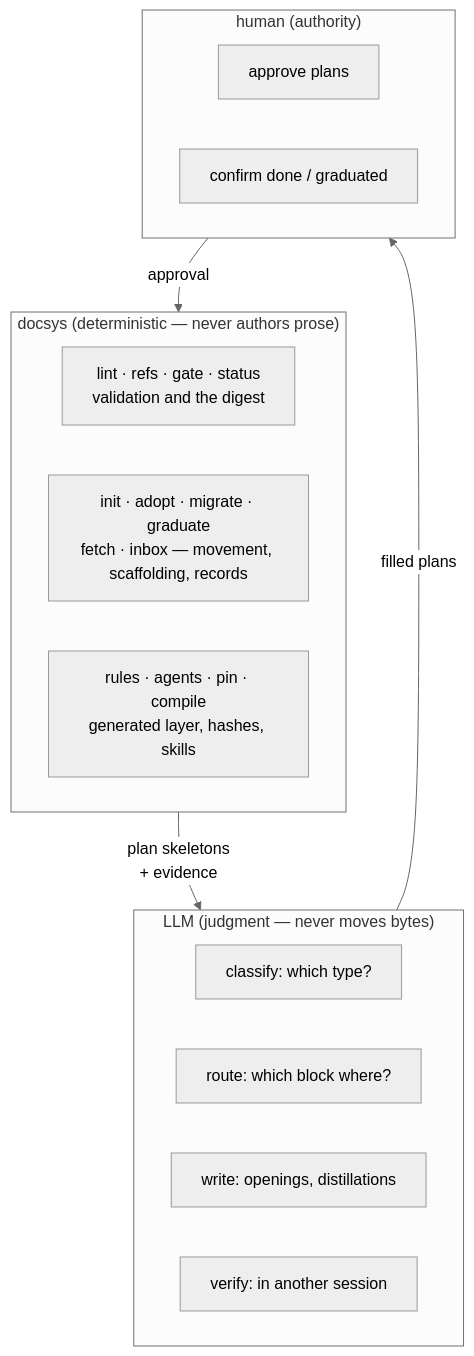
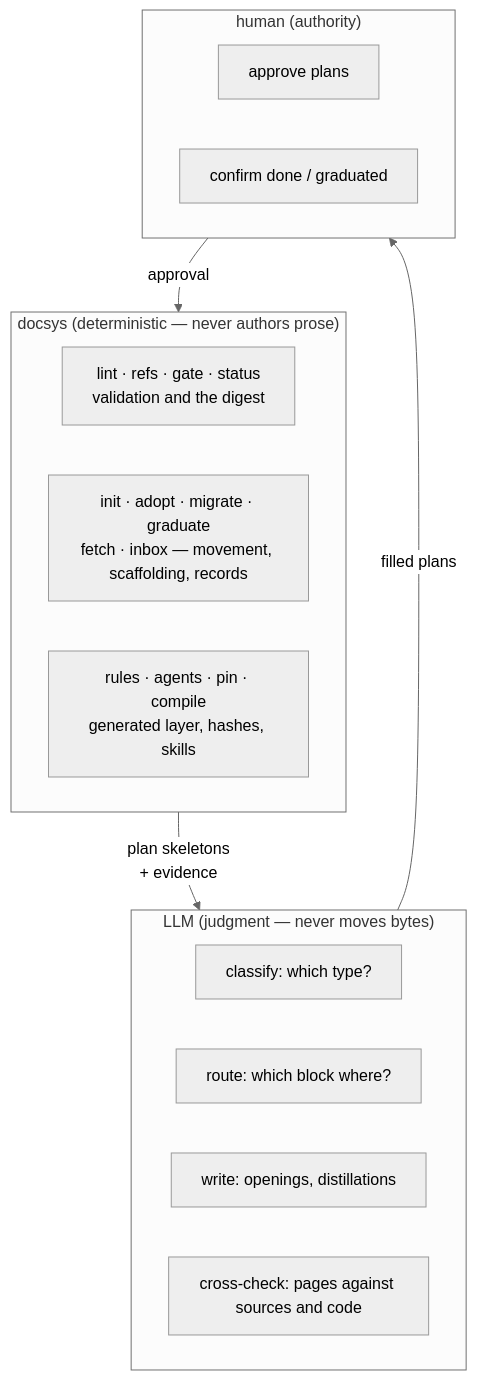
The second of 7 diagrams in README.md (FatihErtugral/docsys), drawn with Mermaid (neutral theme) before and after one commit. The commit also changed other lines of this file and 117 other files, not shown here.

````diff
--- a/README.md
+++ b/README.md
@@ -72,22 +72,22 @@
 ```mermaid
 flowchart TD
     subgraph TOOL["docsys  (deterministic — never authors prose)"]
         T1[lint · refs · gate · status<br/>validation and the digest]
         T2[init · adopt · migrate · graduate<br/>fetch · inbox — movement, scaffolding, records]
         T3[rules · agents · pin · compile<br/>generated layer, hashes, skills]
     end
     subgraph MODEL["LLM  (judgment — never moves bytes)"]
         M1[classify: which type?]
         M2[route: which block where?]
         M3[write: openings, distillations]
-        M4[verify: in another session]
+        M4[cross-check: pages against sources and code]
     end
     subgraph HUMAN["human  (authority)"]
         H1[approve plans]
         H2["confirm done / graduated"]
     end
 
     TOOL -- "plan skeletons<br/>+ evidence" --> MODEL
     MODEL -- "filled plans" --> HUMAN
     HUMAN -- approval --> TOOL
 ```
````
